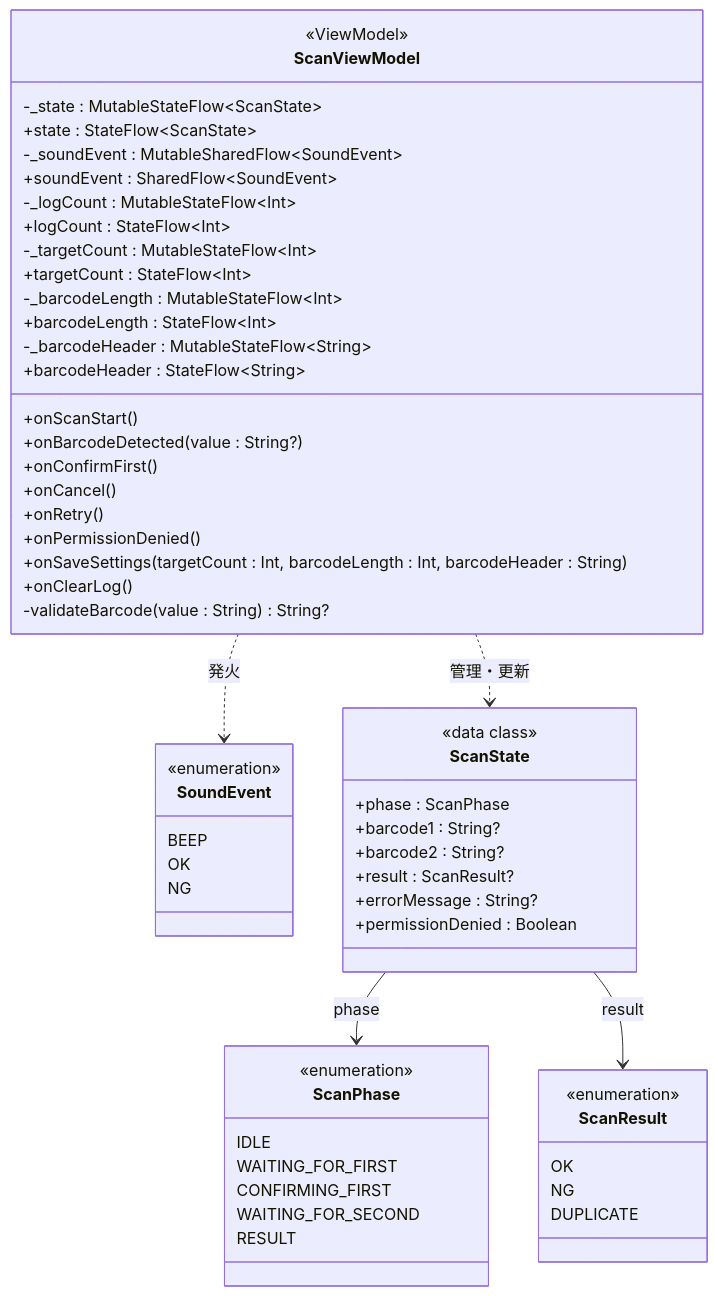
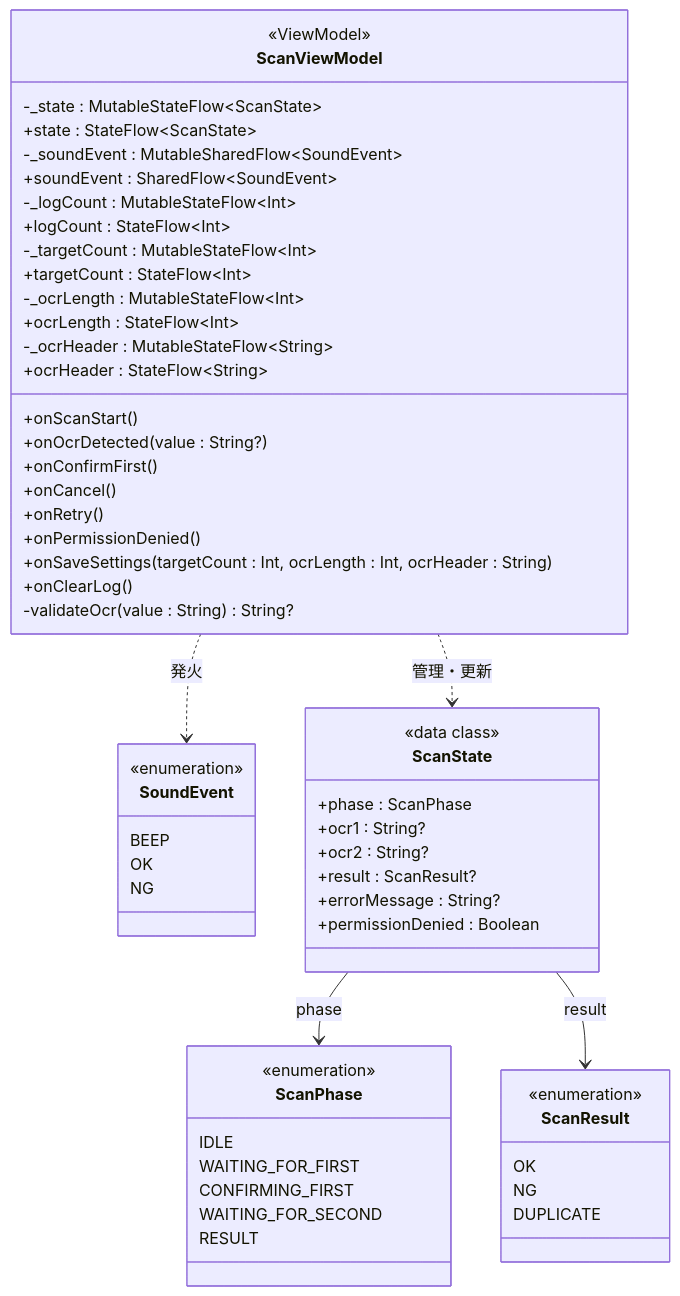
The second of 3 diagrams in CLASS.md (garyohosu/ocrreader), drawn with Mermaid before and after one commit. The commit also changed other lines of this file and 41 other files, not shown here.

Commit message:
feat: convert barcode reader to OCR reader

````diff
--- a/CLASS.md
+++ b/CLASS.md
@@ -224,65 +224,65 @@
 ```mermaid
 classDiagram
     class ScanPhase {
         <<enumeration>>
         IDLE
         WAITING_FOR_FIRST
         CONFIRMING_FIRST
         WAITING_FOR_SECOND
         RESULT
     }
 
     class ScanResult {
         <<enumeration>>
         OK
         NG
         DUPLICATE
     }
 
     class SoundEvent {
         <<enumeration>>
         BEEP
         OK
         NG
     }
 
     class ScanState {
         <<data class>>
         +phase : ScanPhase
-        +barcode1 : String?
-        +barcode2 : String?
+        +ocr1 : String?
+        +ocr2 : String?
         +result : ScanResult?
         +errorMessage : String?
         +permissionDenied : Boolean
     }
 
     class ScanViewModel {
         <<ViewModel>>
         -_state : MutableStateFlow~ScanState~
         +state : StateFlow~ScanState~
         -_soundEvent : MutableSharedFlow~SoundEvent~
         +soundEvent : SharedFlow~SoundEvent~
         -_logCount : MutableStateFlow~Int~
         +logCount : StateFlow~Int~
         -_targetCount : MutableStateFlow~Int~
         +targetCount : StateFlow~Int~
-        -_barcodeLength : MutableStateFlow~Int~
-        +barcodeLength : StateFlow~Int~
-        -_barcodeHeader : MutableStateFlow~String~
-        +barcodeHeader : StateFlow~String~
+        -_ocrLength : MutableStateFlow~Int~
+        +ocrLength : StateFlow~Int~
+        -_ocrHeader : MutableStateFlow~String~
+        +ocrHeader : StateFlow~String~
         +onScanStart()
-        +onBarcodeDetected(value : String?)
+        +onOcrDetected(value : String?)
         +onConfirmFirst()
         +onCancel()
         +onRetry()
         +onPermissionDenied()
-        +onSaveSettings(targetCount : Int, barcodeLength : Int, barcodeHeader : String)
+        +onSaveSettings(targetCount : Int, ocrLength : Int, ocrHeader : String)
         +onClearLog()
-        -validateBarcode(value : String) String?
+        -validateOcr(value : String) String?
     }
 
     ScanState --> ScanPhase : phase
     ScanState --> ScanResult : result
     ScanViewModel ..> ScanState : 管理・更新
     ScanViewModel ..> SoundEvent : 発火
 ```
````
